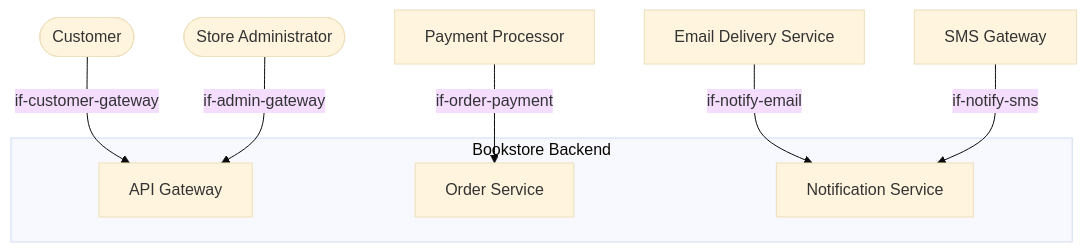
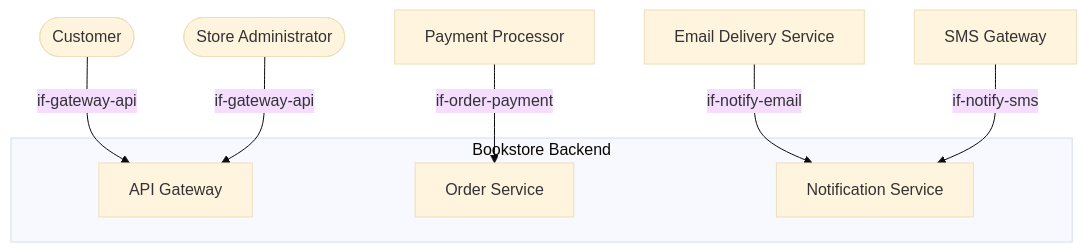
The diagram in examples/bookstore-backend/03-context.arc42.md (docToolchain/arc42-language), drawn with Mermaid (base theme) before and after one commit. The commit also changed other lines of this file and 6 other files, not shown here.

````diff
--- a/examples/bookstore-backend/03-context.arc42.md
+++ b/examples/bookstore-backend/03-context.arc42.md
@@ -13,20 +13,20 @@
 ```mermaid
 graph TD
     actor-customer(["Customer"])
     actor-admin(["Store Administrator"])
     actor-payment["Payment Processor"]
     actor-email["Email Delivery Service"]
     actor-sms["SMS Gateway"]
 
     subgraph system["Bookstore Backend"]
         bb-api-gateway["API Gateway"]
         bb-order-service["Order Service"]
         bb-notification-service["Notification Service"]
     end
 
-    actor-customer -->|"if-customer-gateway"| bb-api-gateway
-    actor-admin -->|"if-admin-gateway"| bb-api-gateway
+    actor-customer -->|"if-gateway-api"| bb-api-gateway
+    actor-admin -->|"if-gateway-api"| bb-api-gateway
     actor-payment -->|"if-order-payment"| bb-order-service
     actor-email -->|"if-notify-email"| bb-notification-service
     actor-sms -->|"if-notify-sms"| bb-notification-service
 ```
````
